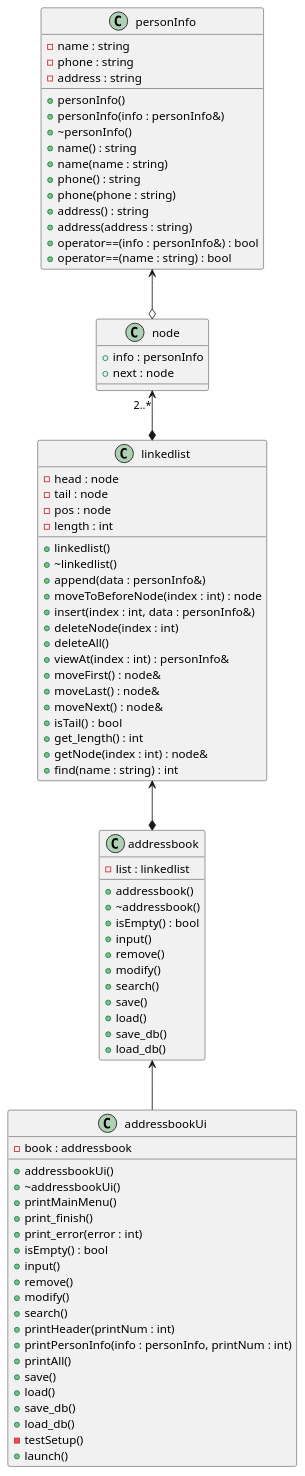
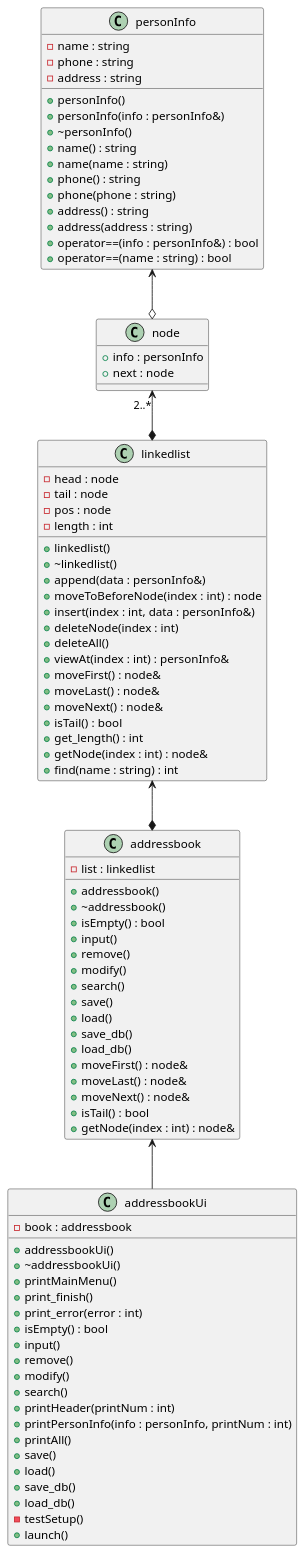
One commit to digiry/study changed the diagram in py_programming/docs/addressbook.puml. Above: the diagram before and after it, drawn with PlantUML. The commit also changed 3 other files, not shown here.

```diff
--- a/py_programming/docs/addressbook.puml
+++ b/py_programming/docs/addressbook.puml
@@ -1,90 +1,95 @@
 @startuml
 
 class personInfo {
 - name : string
 - phone : string
 - address : string
 + personInfo()
 + personInfo(info : personInfo&)
 + ~personInfo()
 + name() : string
 + name(name : string)
 + phone() : string
 + phone(phone : string)
 + address() : string
 + address(address : string)
 + operator==(info : personInfo&) : bool
 + operator==(name : string) : bool
 }
 
 class node {
 + info : personInfo
 + next : node
 }
 
 class linkedlist {
 - head : node
 - tail : node
 - pos : node
 - length : int
 + linkedlist()
 + ~linkedlist()
 + append(data : personInfo&)
 + moveToBeforeNode(index : int) : node
 + insert(index : int, data : personInfo&)
 + deleteNode(index : int)
 + deleteAll()
 + viewAt(index : int) : personInfo&
 + moveFirst() : node&
 + moveLast() : node&
 + moveNext() : node&
 + isTail() : bool
 + get_length() : int
 + getNode(index : int) : node&
 + find(name : string) : int
 }
 
 class addressbook {
 - list : linkedlist
 + addressbook()
 + ~addressbook()
 + isEmpty() : bool
 + input()
 + remove()
 + modify()
 + search()
 + save()
 + load()
 + save_db()
 + load_db()
++ moveFirst() : node&
++ moveLast() : node&
++ moveNext() : node&
++ isTail() : bool
++ getNode(index : int) : node&
 }
 
 class addressbookUi {
 - book : addressbook
 + addressbookUi()
 + ~addressbookUi()
 + printMainMenu()
 + print_finish()
 + print_error(error : int)
 + isEmpty() : bool
 + input()
 + remove()
 + modify()
 + search()
 + printHeader(printNum : int)
 + printPersonInfo(info : personInfo, printNum : int)
 + printAll()
 + save()
 + load()
 + save_db()
 + load_db()
 - testSetup()
 + launch()
 }
 
 personInfo <--o node
 node "2..*" <--* linkedlist
 linkedlist <--* addressbook
 addressbook <-- addressbookUi
 
 @enduml
```
